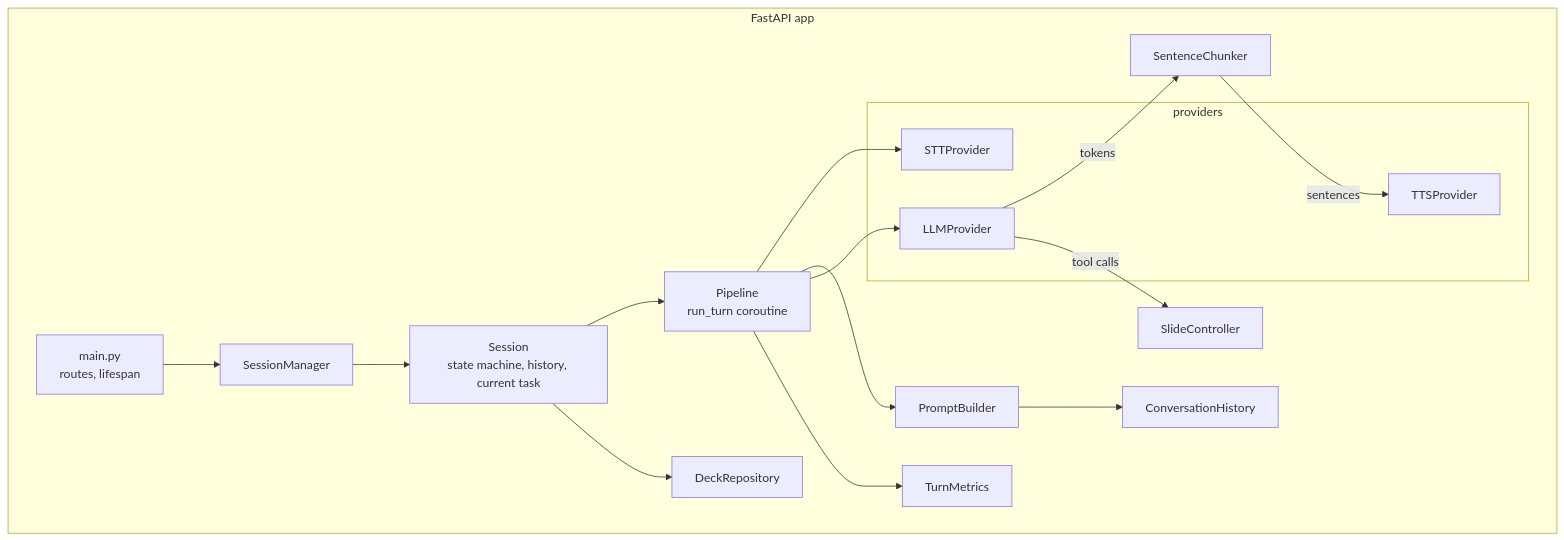
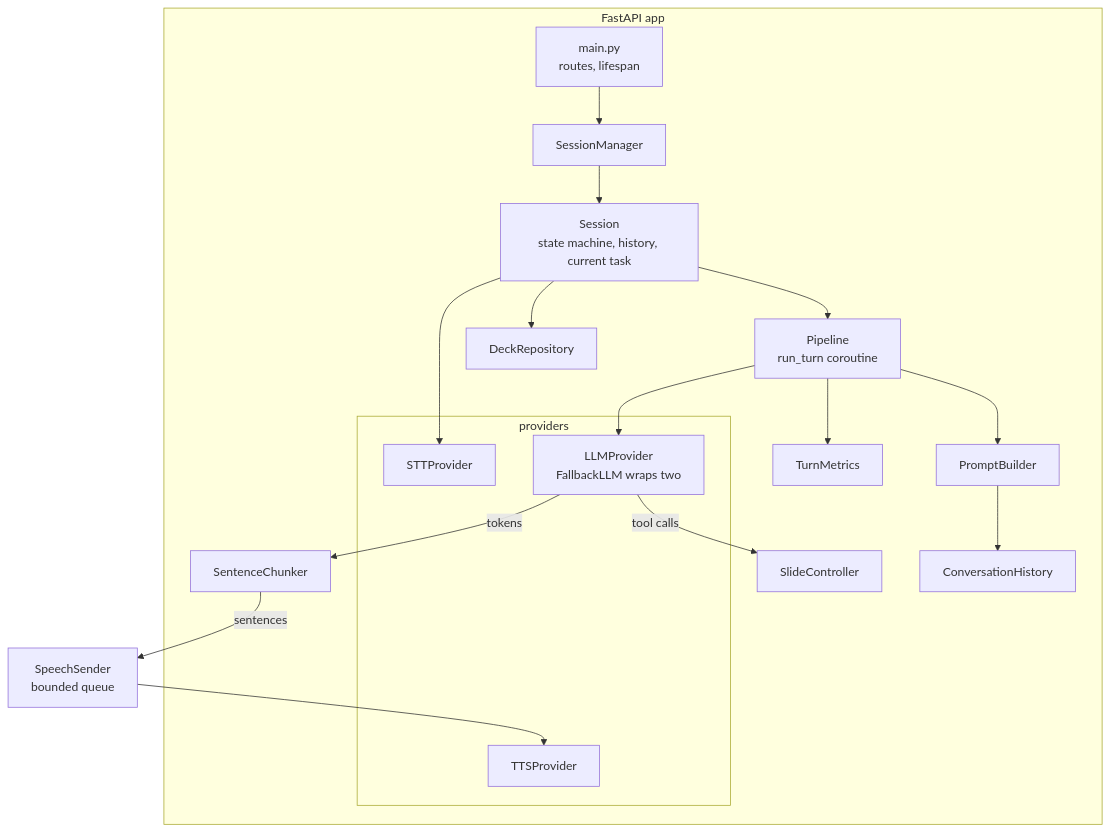
One commit to HarshChin/dynamic-voice-deck changed the second of 5 diagrams in docs/TRD.md. Above: the diagram before and after it, drawn with Mermaid. The commit also changed other lines of this file and 7 other files, not shown here.

````diff
--- a/docs/TRD.md
+++ b/docs/TRD.md
@@ -52,28 +52,28 @@
 ```mermaid
 flowchart TB
     subgraph FastAPI app
         MAIN[main.py<br/>routes, lifespan]
         SM[SessionManager]
         S[Session<br/>state machine, history, current task]
         P[Pipeline<br/>run_turn coroutine]
         CH[SentenceChunker]
         SC[SlideController]
         H[ConversationHistory]
         M[TurnMetrics]
         subgraph providers
             STT[STTProvider]
-            LLM[LLMProvider]
+            LLM[LLMProvider<br/>FallbackLLM wraps two]
             TTS[TTSProvider]
         end
         DECK[DeckRepository]
         PR[PromptBuilder]
     end
     MAIN --> SM --> S --> P
-    P --> STT
+    S --> STT
     P --> PR --> H
     P --> LLM
-    LLM -->|tokens| CH -->|sentences| TTS
+    LLM -->|tokens| CH -->|sentences| SS[SpeechSender<br/>bounded queue] --> TTS
     LLM -->|tool calls| SC
     P --> M
     S --> DECK
 ```
````
